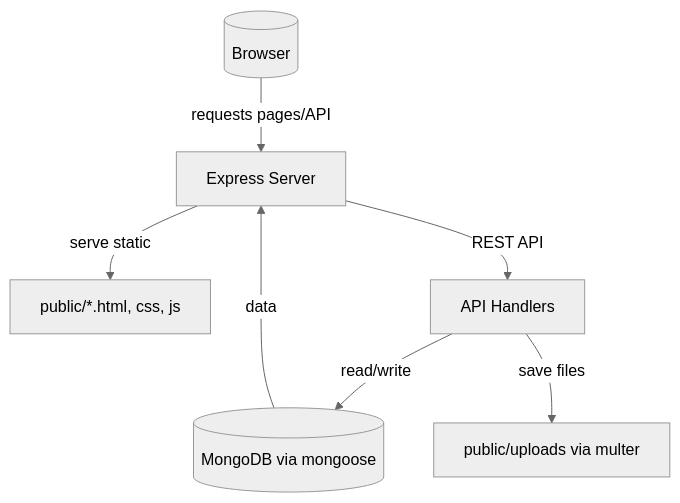
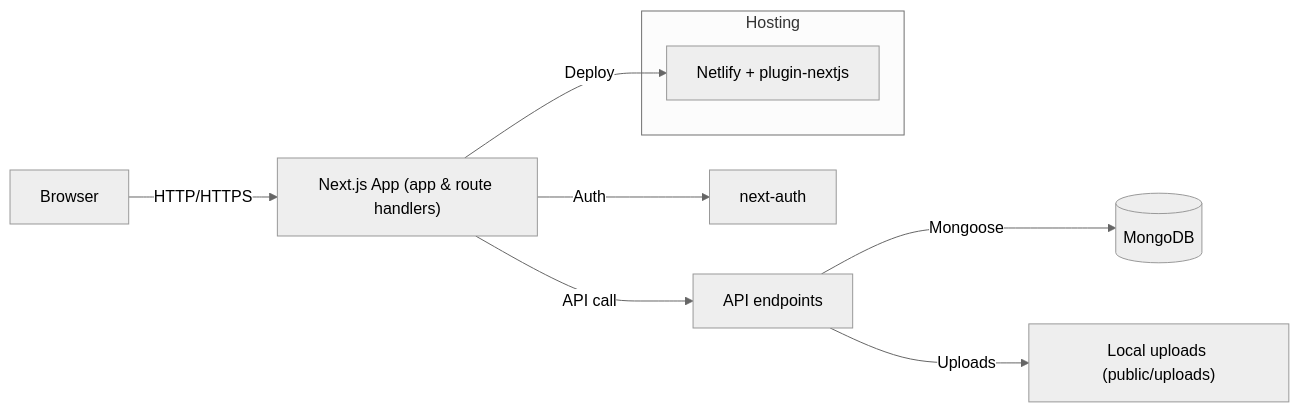
One commit to rounakdey2003/ZenCampus changed the first of 2 diagrams in README.md. Above: the diagram before and after it, drawn with Mermaid (neutral theme). The commit also changed other lines of this file and 40 other files, not shown here.

````diff
--- a/README.md
+++ b/README.md
@@ -44,9 +168,12 @@
 ```mermaid
-flowchart TD
-  A[(Browser)] -->|requests pages/API| B[Express Server]
-  B -->|serve static| C[public/*.html, css, js]
-  B -->|REST API| D[API Handlers]
-  D -->|read/write| E[(MongoDB via mongoose)]
-  D -->|save files| F[public/uploads via multer]
-  E -->|data| B
+flowchart LR
+  Browser-->|HTTP/HTTPS|NextApp["Next.js App (app & route handlers)"]
+  NextApp-->|API call|APIRoutes["API endpoints"]
+  APIRoutes-->|Mongoose|Mongo[(MongoDB)]
+  APIRoutes-->|Uploads|Storage["Local uploads (public/uploads)"]
+  NextApp-->|Auth|NextAuth["next-auth"]
+  subgraph Hosting
+    Netlify["Netlify + plugin-nextjs"]
+  end
+  NextApp-->|Deploy|Netlify
 ```
````
